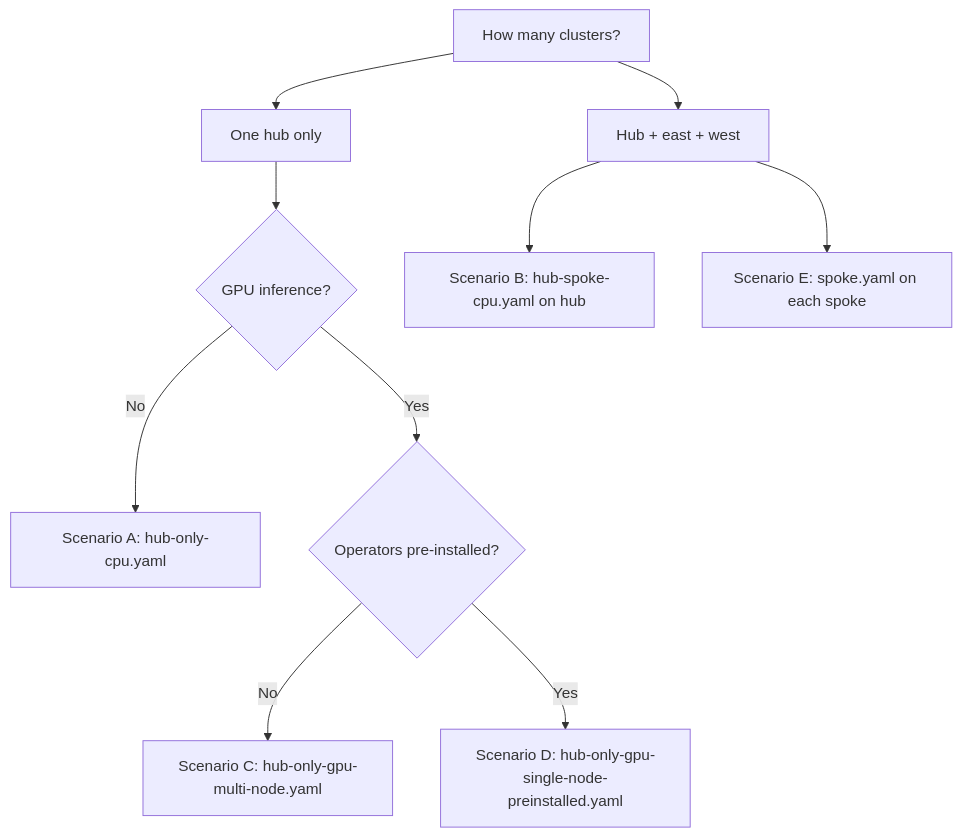
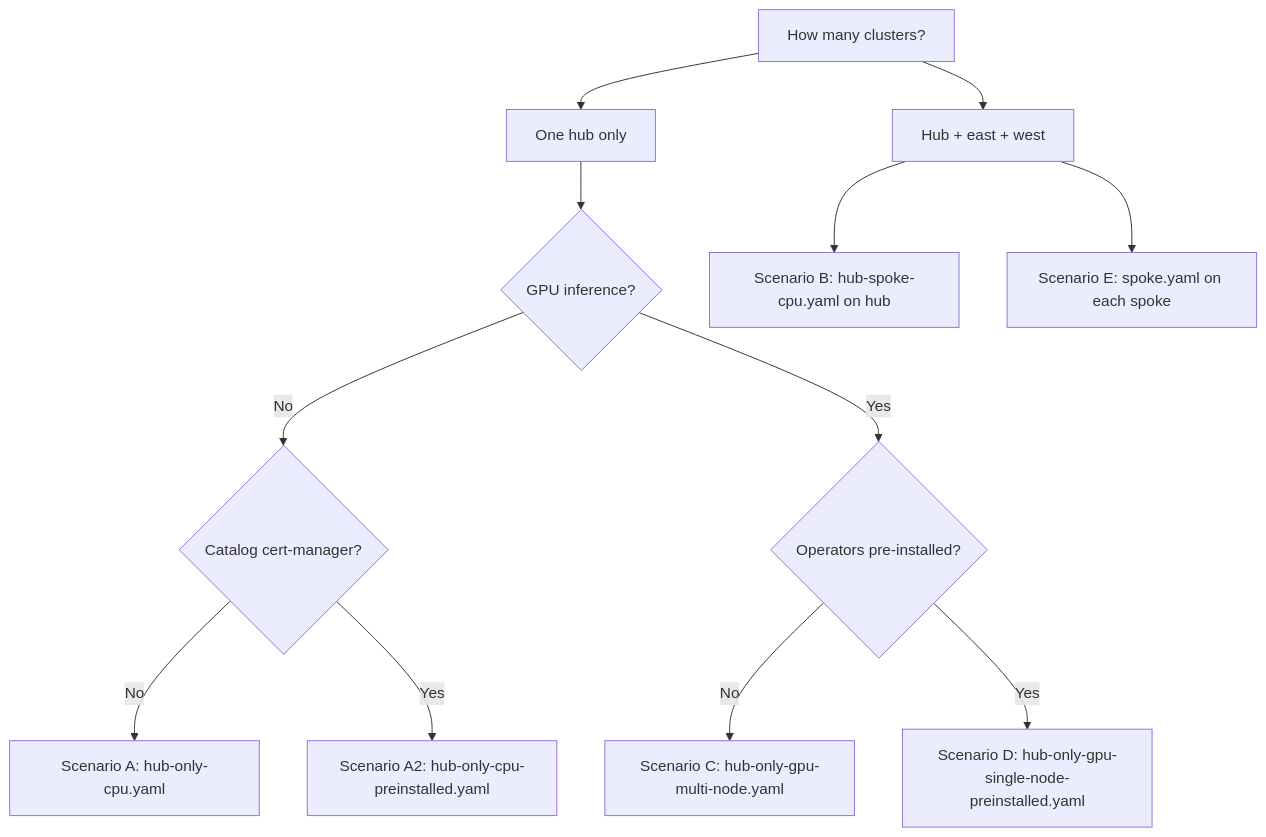
The diagram in docs/content/patterns/ia-computer-vision/pattern-cr-guide.adoc (maximilianoPizarro/ia-computer-vision), drawn with Mermaid before and after one commit. The commit also changed other lines of this file and 16 other files, not shown here.

First line of the commit message:
Make OpenTLC hub-only installs self-heal without Scenario D or manual patches.

````diff
--- a/docs/content/patterns/ia-computer-vision/pattern-cr-guide.adoc
+++ b/docs/content/patterns/ia-computer-vision/pattern-cr-guide.adoc
@@ -66,12 +72,14 @@
 ```mermaid
 flowchart TD
   start[How many clusters?] --> one[One hub only]
   start --> three[Hub + east + west]
   one --> gpu{GPU inference?}
-  gpu -->|No| A["Scenario A: hub-only-cpu.yaml"]
+  gpu -->|No| preCpu{Catalog cert-manager?}
+  preCpu -->|No| A["Scenario A: hub-only-cpu.yaml"]
+  preCpu -->|Yes| A2["Scenario A2: hub-only-cpu-preinstalled.yaml"]
   gpu -->|Yes| pre{Operators pre-installed?}
   pre -->|No| C["Scenario C: hub-only-gpu-multi-node.yaml"]
   pre -->|Yes| D["Scenario D: hub-only-gpu-single-node-preinstalled.yaml"]
   three --> B["Scenario B: hub-spoke-cpu.yaml on hub"]
   three --> E["Scenario E: spoke.yaml on each spoke"]
 ```
````
